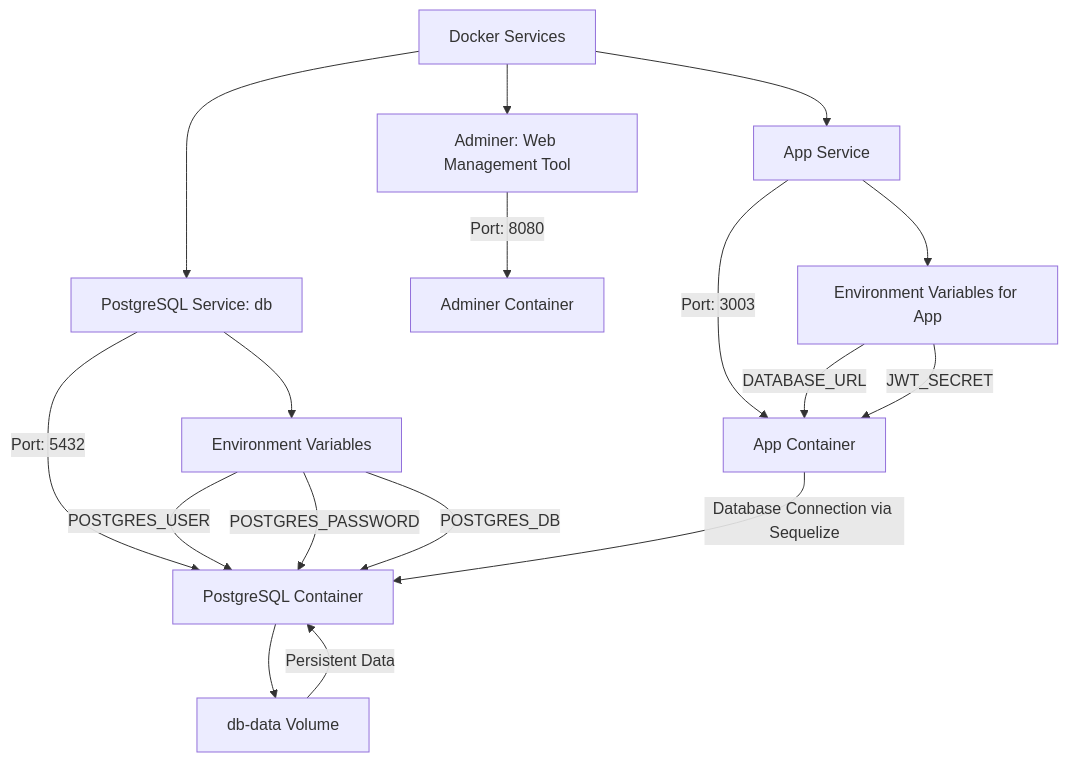
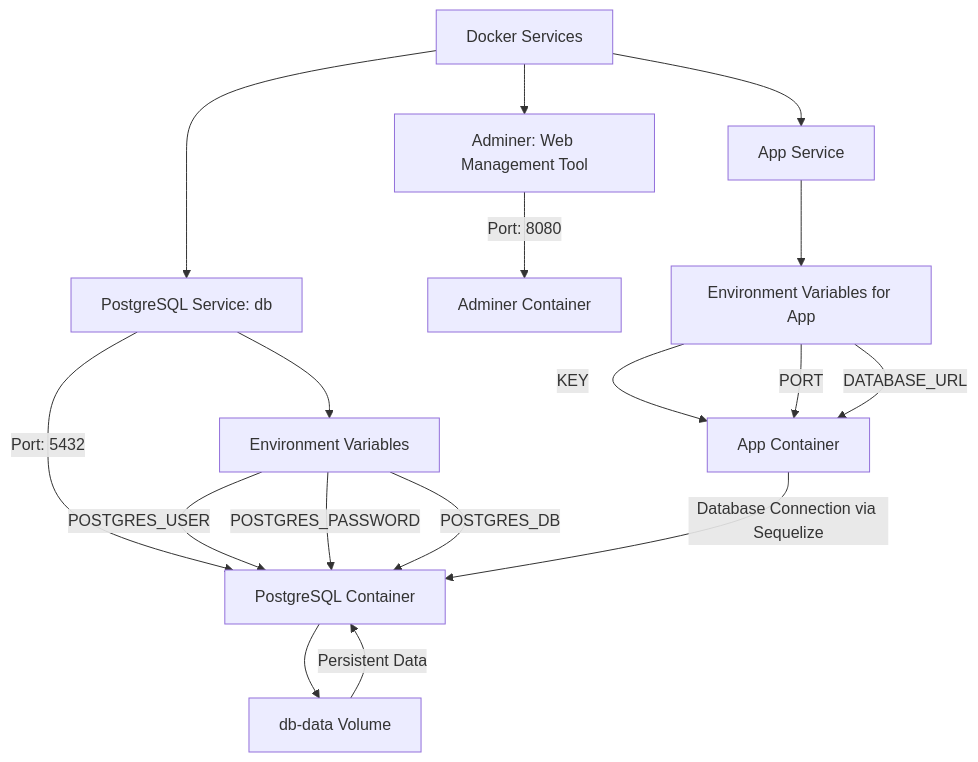
One commit to lucabk/Progetto-Programmazione-Avanzata changed the second of 2 diagrams in README.md. Above: the diagram before and after it, drawn with Mermaid. The commit also changed other lines of this file, not shown here.

````diff
--- a/README.md
+++ b/README.md
@@ -342,26 +376,27 @@
 ```mermaid
 graph TD;
     A[Docker Services] --> B[PostgreSQL Service: db];
     A --> C[Adminer: Web Management Tool];
     A --> H[App Service];
 
     B -->|Port: 5432| D[PostgreSQL Container];
     C -->|Port: 8080| E[Adminer Container];
-    H -->|Port: 3003| I[App Container];
+    I[App Container];
 
     B --> F[Environment Variables];
     F -->|POSTGRES_USER| D;
     F -->|POSTGRES_PASSWORD| D;
     F -->|POSTGRES_DB| D;
     
     H --> J[Environment Variables for App];
+    J -->|KEY| I;
+    J -->|PORT| I;
     J -->|DATABASE_URL| I;
-    J -->|JWT_SECRET| I;
 
     D --> G[db-data Volume];
     G -->|Persistent Data| D;
 
   
     I -->|Database Connection via Sequelize| D[PostgreSQL Container];
 
 ```
````
